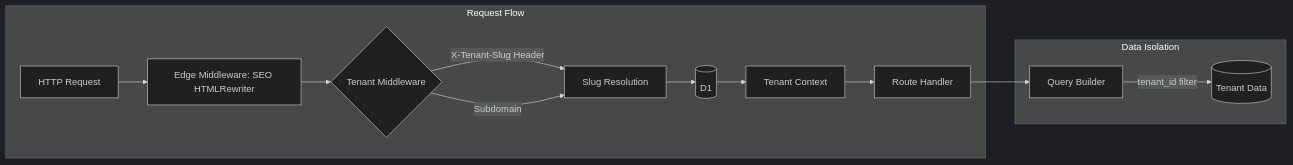
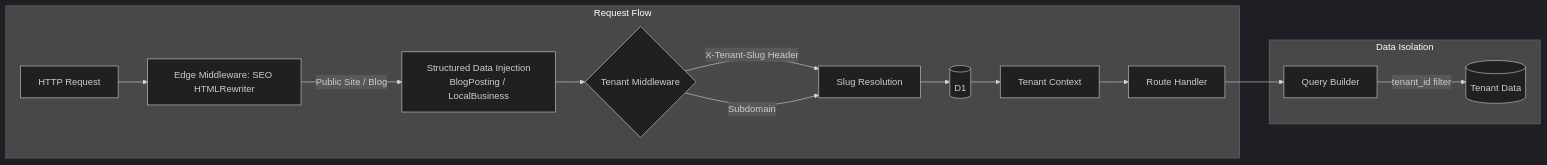
One commit to slichti/studio-platform-dev changed the second of 10 diagrams in docs/architecture.md. Above: the diagram before and after it, drawn with Mermaid (dark theme). The commit also changed other lines of this file and 3 other files, not shown here.

````diff
--- a/docs/architecture.md
+++ b/docs/architecture.md
@@ -67,17 +70,18 @@
 ```mermaid
 flowchart LR
     subgraph "Request Flow"
         REQ[HTTP Request] --> EDGE[Edge Middleware: SEO HTMLRewriter]
-        EDGE --> MW{Tenant Middleware}
+        EDGE -->|Public Site / Blog| SEO_INJECT[Structured Data Injection<br/>BlogPosting / LocalBusiness]
+        SEO_INJECT --> MW{Tenant Middleware}
         MW -->|X-Tenant-Slug Header| RESOLVE[Slug Resolution]
         MW -->|Subdomain| RESOLVE
         RESOLVE --> DB[(D1)]
         DB --> CTX[Tenant Context]
         CTX --> HANDLER[Route Handler]
     end
 
     subgraph "Data Isolation"
         HANDLER --> QUERY[Query Builder]
         QUERY -->|tenant_id filter| DATA[(Tenant Data)]
     end
 ```
````
